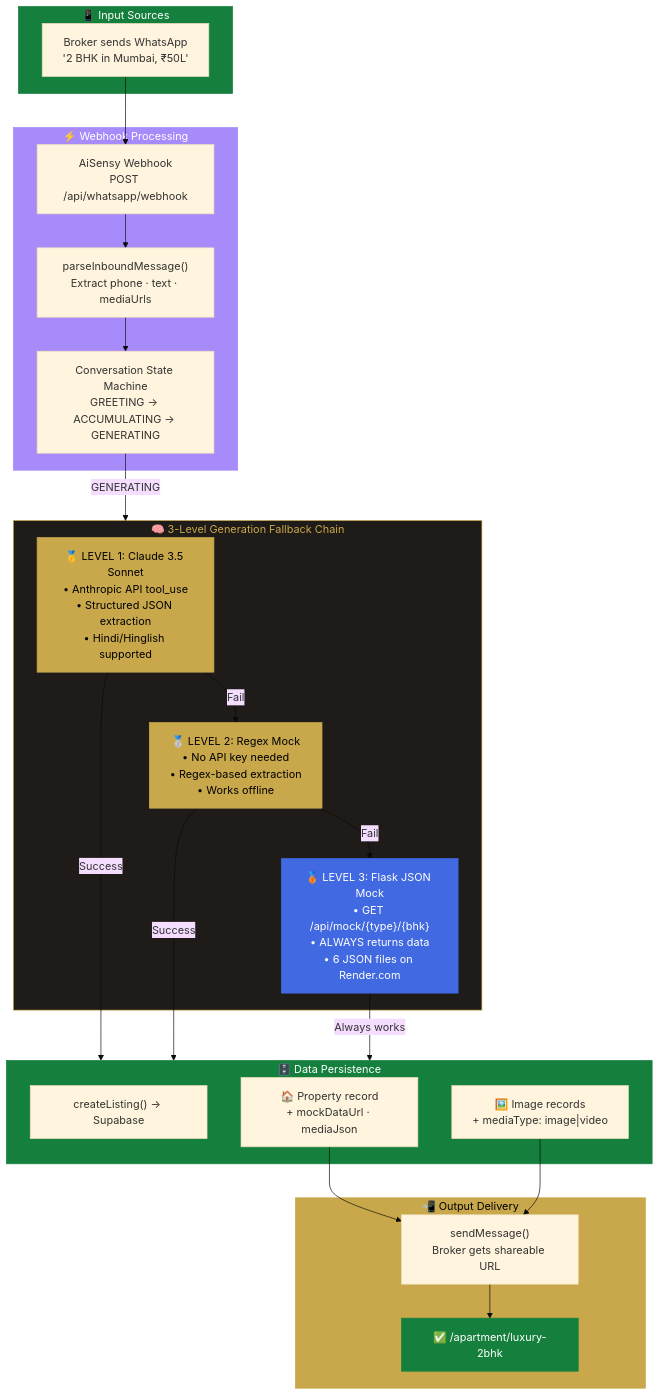
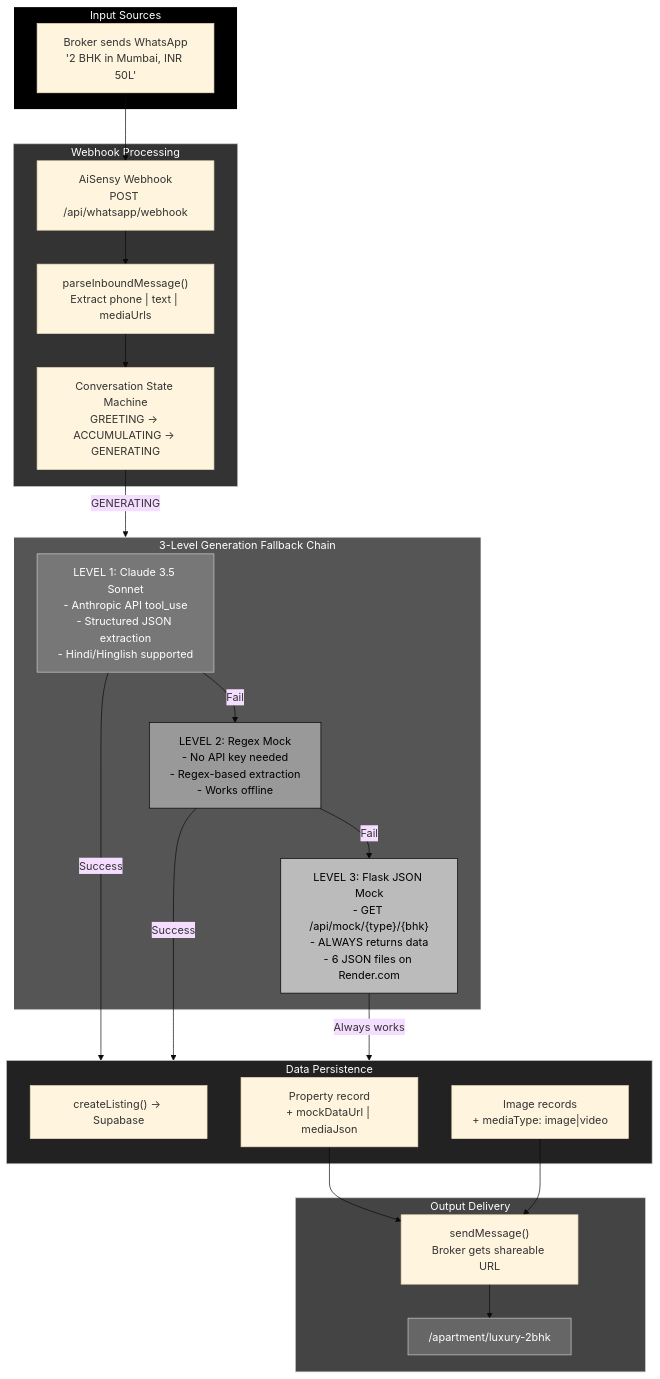
Before and after one commit to DeadCoder-N/Soryvanta: the third of 16 diagrams in README.md, drawn with Mermaid (base theme). The commit also changed other lines of this file, not shown here.

````diff
--- a/README.md
+++ b/README.md
@@ -448,54 +448,54 @@
 ```mermaid
 flowchart TD
-    subgraph INPUT["📱 Input Sources"]
-        A1["Broker sends WhatsApp<br/>'2 BHK in Mumbai, ₹50L'"]
+    subgraph INPUT["Input Sources"]
+        A1["Broker sends WhatsApp<br/>'2 BHK in Mumbai, INR 50L'"]
     end
 
-    subgraph WEBHOOK["⚡ Webhook Processing"]
+    subgraph WEBHOOK["Webhook Processing"]
         WH["AiSensy Webhook<br/>POST /api/whatsapp/webhook"]
-        PARSE["parseInboundMessage()<br/>Extract phone · text · mediaUrls"]
-        CONV["Conversation State Machine<br/>GREETING → ACCUMULATING → GENERATING"]
+        PARSE["parseInboundMessage()<br/>Extract phone | text | mediaUrls"]
+        CONV["Conversation State Machine<br/>GREETING -> ACCUMULATING -> GENERATING"]
     end
 
-    subgraph FALLBACK["🧠 3-Level Generation Fallback Chain"]
-        L1["🥇 LEVEL 1: Claude 3.5 Sonnet<br/>• Anthropic API tool_use<br/>• Structured JSON extraction<br/>• Hindi/Hinglish supported"]
-        L2["🥈 LEVEL 2: Regex Mock<br/>• No API key needed<br/>• Regex-based extraction<br/>• Works offline"]
-        L3["🥉 LEVEL 3: Flask JSON Mock<br/>• GET /api/mock/{type}/{bhk}<br/>• ALWAYS returns data<br/>• 6 JSON files on Render.com"]
+    subgraph FALLBACK["3-Level Generation Fallback Chain"]
+        L1["LEVEL 1: Claude 3.5 Sonnet<br/>- Anthropic API tool_use<br/>- Structured JSON extraction<br/>- Hindi/Hinglish supported"]
+        L2["LEVEL 2: Regex Mock<br/>- No API key needed<br/>- Regex-based extraction<br/>- Works offline"]
+        L3["LEVEL 3: Flask JSON Mock<br/>- GET /api/mock/{type}/{bhk}<br/>- ALWAYS returns data<br/>- 6 JSON files on Render.com"]
     end
 
-    subgraph PERSIST["🗄️ Data Persistence"]
-        DB_CREATE["createListing() → Supabase"]
-        DB_PROPERTY["🏠 Property record<br/>+ mockDataUrl · mediaJson"]
-        DB_IMAGES["🖼️ Image records<br/>+ mediaType: image|video"]
+    subgraph PERSIST["Data Persistence"]
+        DB_CREATE["createListing() -> Supabase"]
+        DB_PROPERTY["Property record<br/>+ mockDataUrl | mediaJson"]
+        DB_IMAGES["Image records<br/>+ mediaType: image|video"]
     end
 
-    subgraph OUTPUT["📲 Output Delivery"]
+    subgraph OUTPUT["Output Delivery"]
         SEND_WA["sendMessage()<br/>Broker gets shareable URL"]
-        URL["✅ /apartment/luxury-2bhk"]
+        URL["/apartment/luxury-2bhk"]
     end
 
     A1 --> WH
     WH --> PARSE
     PARSE --> CONV
     CONV -->|GENERATING| FALLBACK
-    
+
     L1 -->|Success| PERSIST
     L1 -->|Fail| L2
     L2 -->|Success| PERSIST
     L2 -->|Fail| L3
     L3 -->|Always works| PERSIST
-    
+
     DB_PROPERTY --> SEND_WA
     DB_IMAGES --> SEND_WA
     SEND_WA --> URL
 
-    style INPUT fill:#15803D,color:#fff,stroke:#15803D
-    style WEBHOOK fill:#a78bfa,color:#fff,stroke:#a78bfa
-    style FALLBACK fill:#1e1b18,color:#C9A84C,stroke:#C9A84C
-    style L1 fill:#C9A84C,color:#000,stroke:#C9A84C
-    style L2 fill:#C9A84C,color:#000,stroke:#C9A84C
-    style L3 fill:#4169E1,color:#fff,stroke:#4169E1
-    style PERSIST fill:#15803D,color:#fff,stroke:#15803D
-    style OUTPUT fill:#C9A84C,color:#000,stroke:#C9A84C
-    style URL fill:#15803D,color:#fff,stroke:#15803D
+    style INPUT fill:#000,color:#fff,stroke:#fff,stroke-width:2px
+    style WEBHOOK fill:#333,color:#fff,stroke:#ccc
+    style FALLBACK fill:#555,color:#fff,stroke:#fff,stroke-width:2px
+    style L1 fill:#777,color:#fff,stroke:#ccc
+    style L2 fill:#999,color:#000,stroke:#000
+    style L3 fill:#bbb,color:#000,stroke:#000
+    style PERSIST fill:#222,color:#fff,stroke:#ccc
+    style OUTPUT fill:#444,color:#fff,stroke:#ccc
+    style URL fill:#666,color:#fff,stroke:#ccc
 ```
````
